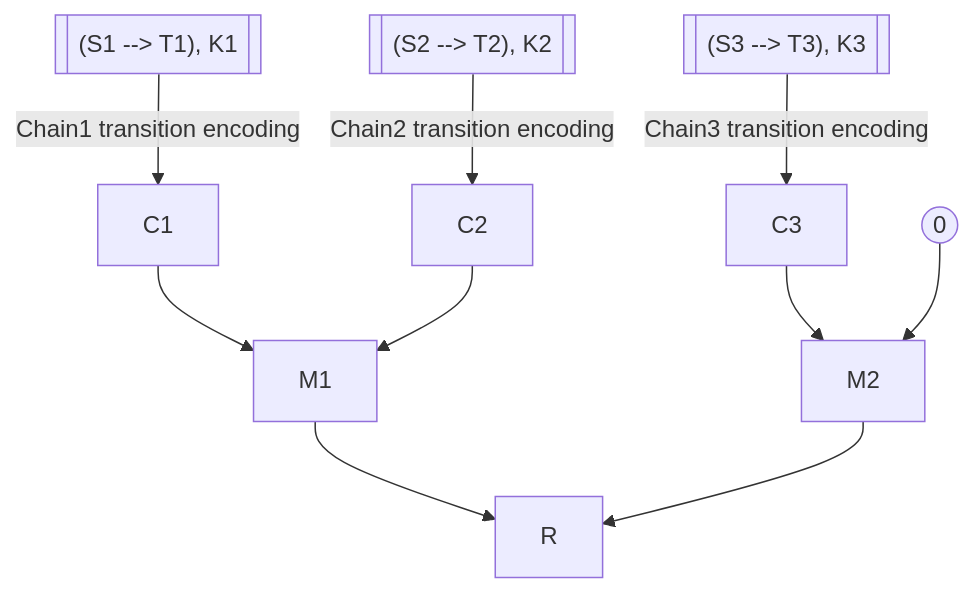
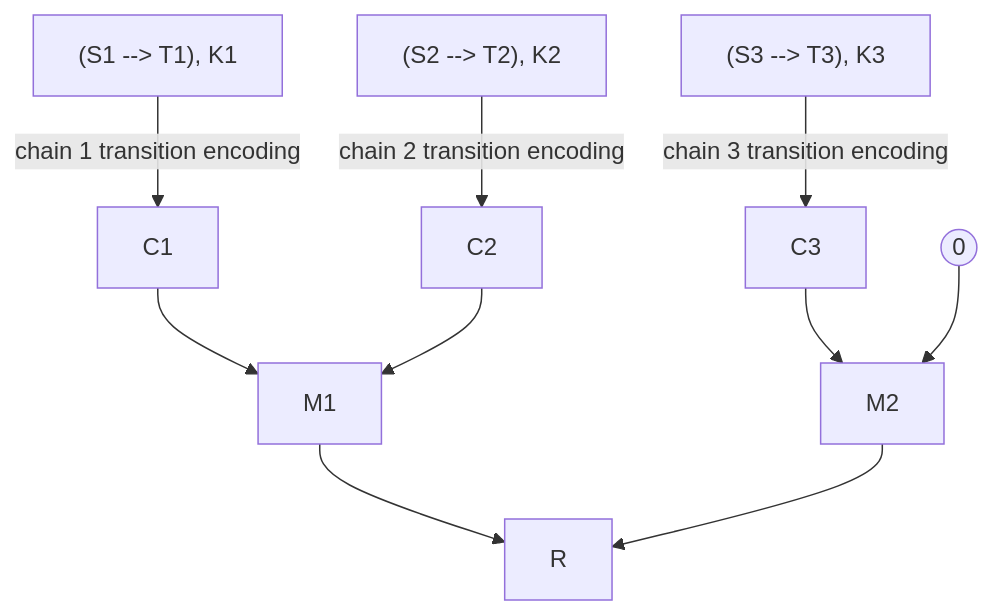
Before and after one commit to timewave-computer/valence-protocol: the second of 3 diagrams in docs/src/zk-coprocessor/_overview.md, drawn with Mermaid. The commit also changed other lines of this file, not shown here.

````diff
--- a/docs/src/zk-coprocessor/_overview.md
+++ b/docs/src/zk-coprocessor/_overview.md
@@ -135,20 +134,20 @@
 ```mermaid
 graph TB
     %% Root node
     r[R]
     
     %% Level 1
     m1[M1] --> r
     m2[M2] --> r
     
     %% Level 2
     c1[C1] --> m1
     c2[C2] --> m1
     c3[C3] --> m2
     zero((0)) --> m2
     
     %% Level 3
-    chain1[["(S1 --> T1), K1"]] -- Chain1 transition encoding --> c1
-    chain2[["(S2 --> T2), K2"]] -- Chain2 transition encoding --> c2
-    chain3[["(S3 --> T3), K3"]] -- Chain3 transition encoding --> c3
+    chain1["(S1 --> T1), K1"] -- chain 1 transition encoding --> c1
+    chain2["(S2 --> T2), K2"] -- chain 2 transition encoding --> c2
+    chain3["(S3 --> T3), K3"] -- chain 3 transition encoding --> c3
 ```
````
